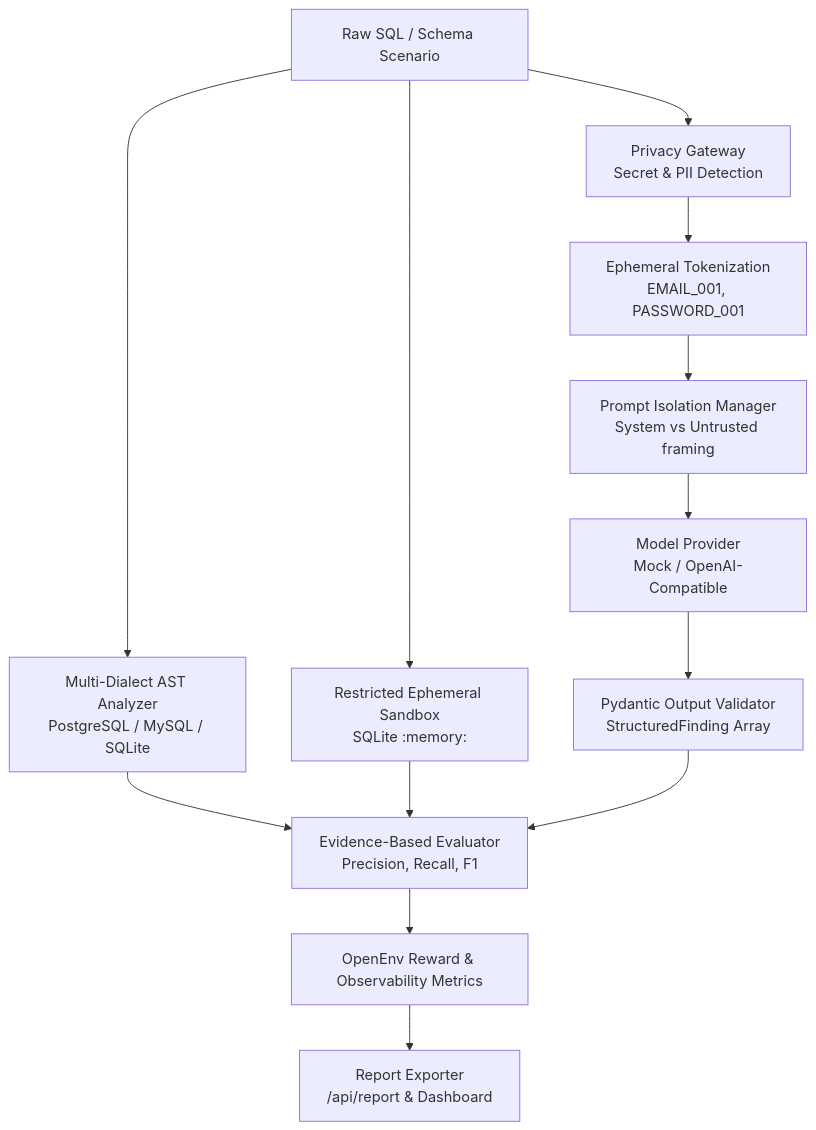
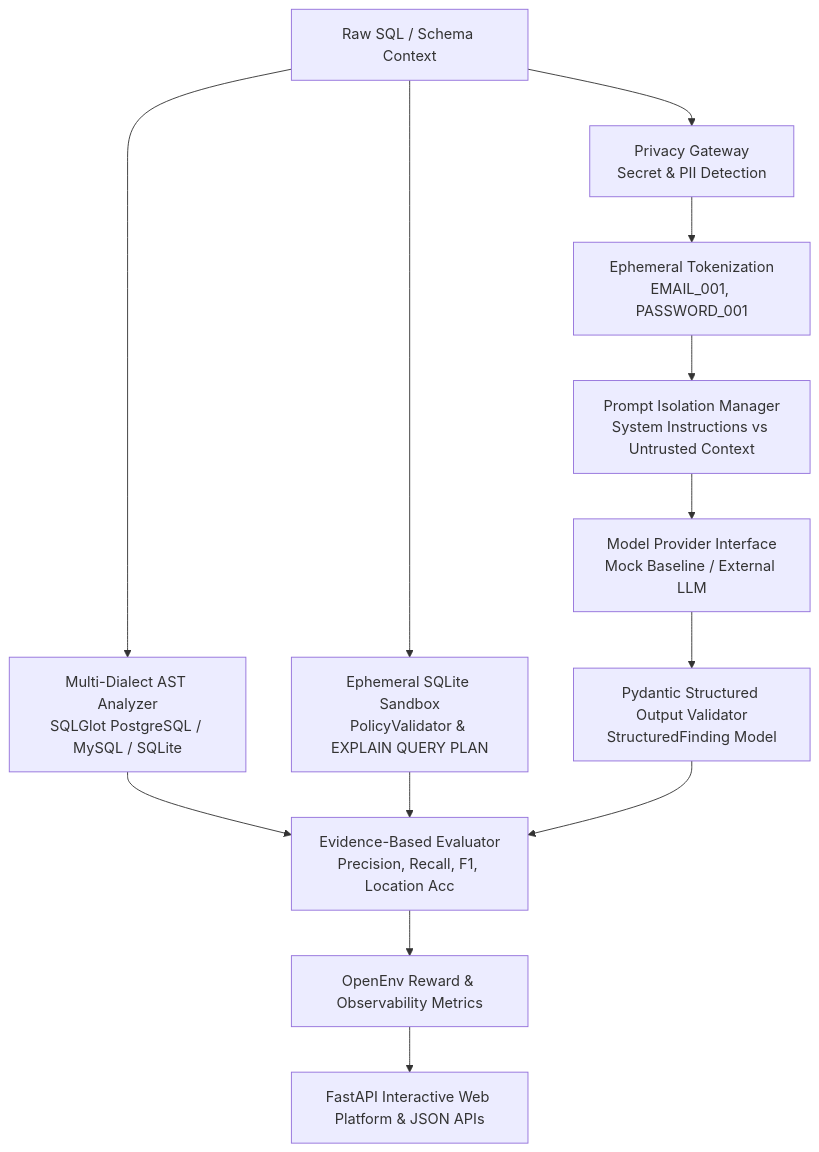
Before and after one commit to 0ANSHKUMARSINGH4/sql-review-env: the diagram in README.md, drawn with Mermaid. The commit also changed other lines of this file and 3 other files, not shown here.

````diff
--- a/README.md
+++ b/README.md
@@ -58,18 +52,18 @@
 ```mermaid
 graph TD
-    RawInput[Raw SQL / Schema Scenario] --> Gateway[Privacy Gateway<br/>Secret & PII Detection]
+    RawInput[Raw SQL / Schema Context] --> Gateway[Privacy Gateway<br/>Secret & PII Detection]
     Gateway --> Tokenizer[Ephemeral Tokenization<br/>EMAIL_001, PASSWORD_001]
-    Tokenizer --> Isolation[Prompt Isolation Manager<br/>System vs Untrusted framing]
-    Isolation --> Provider[Model Provider<br/>Mock / OpenAI-Compatible]
-    Provider --> OutputValidation[Pydantic Output Validator<br/>StructuredFinding Array]
+    Tokenizer --> Isolation[Prompt Isolation Manager<br/>System Instructions vs Untrusted Context]
+    Isolation --> Provider[Model Provider Interface<br/>Mock Baseline / External LLM]
+    Provider --> OutputValidation[Pydantic Structured Output Validator<br/>StructuredFinding Model]
     
-    RawInput --> ASTAnalyzer[Multi-Dialect AST Analyzer<br/>PostgreSQL / MySQL / SQLite]
-    RawInput --> Sandbox[Restricted Ephemeral Sandbox<br/>SQLite :memory:]
+    RawInput --> ASTAnalyzer[Multi-Dialect AST Analyzer<br/>SQLGlot PostgreSQL / MySQL / SQLite]
+    RawInput --> Sandbox[Ephemeral SQLite Sandbox<br/>PolicyValidator & EXPLAIN QUERY PLAN]
     
-    ASTAnalyzer --> Evaluator[Evidence-Based Evaluator<br/>Precision, Recall, F1]
+    ASTAnalyzer --> Evaluator[Evidence-Based Evaluator<br/>Precision, Recall, F1, Location Acc]
     Sandbox --> Evaluator
     OutputValidation --> Evaluator
     
     Evaluator --> RewardState[OpenEnv Reward & Observability Metrics]
-    RewardState --> ReportExporter[Report Exporter<br/>/api/report & Dashboard]
+    RewardState --> WebApp[FastAPI Interactive Web Platform & JSON APIs]
 ```
````
